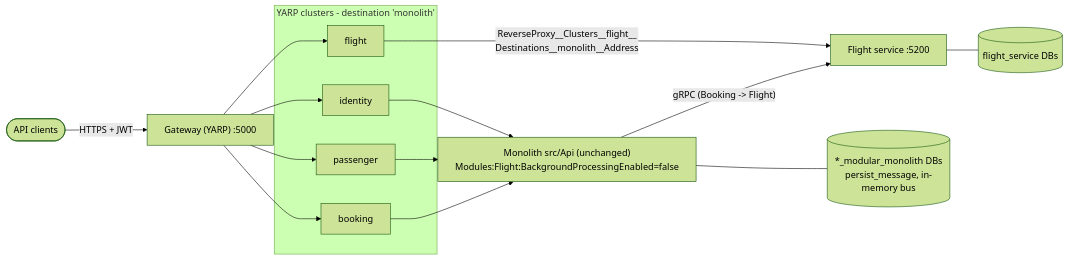
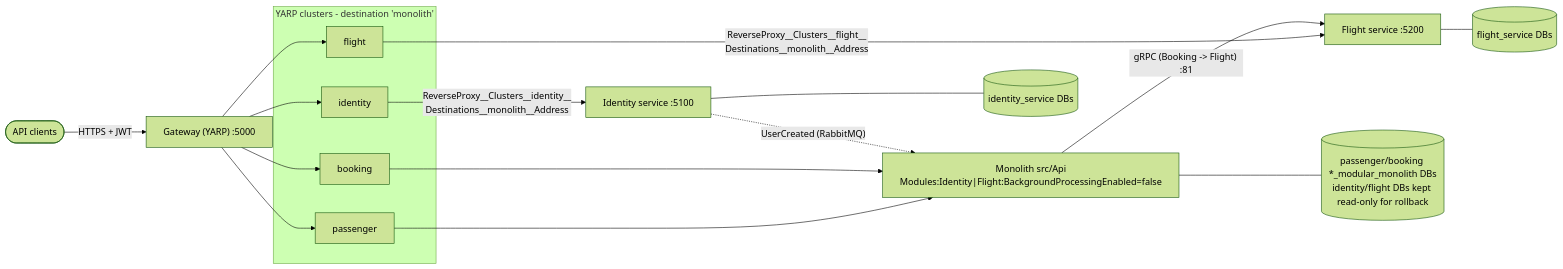
One commit to COG-GTM/booking-modular-monolith changed the diagram in docs/architecture/transition-state.mmd. Above: the diagram before and after it, drawn with Mermaid (forest theme). The commit also changed 15 other files, not shown here.

```diff
--- a/docs/architecture/transition-state.mmd
+++ b/docs/architecture/transition-state.mmd
@@ -1,22 +1,25 @@
 flowchart LR
     client(["API clients"]) -->|HTTPS + JWT| gw["Gateway (YARP) :5000"]
 
     subgraph clusters["YARP clusters - destination 'monolith'"]
         cI["identity"]
         cF["flight"]
         cP["passenger"]
         cB["booking"]
     end
     gw --> cI & cF & cP & cB
 
-    mono["Monolith src/Api (unchanged)<br/>Modules:Flight:BackgroundProcessingEnabled=false"]
+    mono["Monolith src/Api<br/>Modules:Identity|Flight:BackgroundProcessingEnabled=false"]
+    isvc["Identity service :5100"]
     fsvc["Flight service :5200"]
 
-    cI --> mono
+    cI -->|"ReverseProxy__Clusters__identity__<br/>Destinations__monolith__Address"| isvc
+    cF -->|"ReverseProxy__Clusters__flight__<br/>Destinations__monolith__Address"| fsvc
     cP --> mono
     cB --> mono
-    cF -->|"ReverseProxy__Clusters__flight__<br/>Destinations__monolith__Address"| fsvc
 
-    mono --- monoDb[("*_modular_monolith DBs<br/>persist_message, in-memory bus")]
+    mono --- monoDb[("passenger/booking *_modular_monolith DBs<br/>identity/flight DBs kept read-only for rollback")]
+    isvc --- iDb[("identity_service DBs")]
     fsvc --- fDb[("flight_service DBs")]
-    mono -->|"gRPC (Booking -> Flight)"| fsvc
+    mono -->|"gRPC (Booking -> Flight) :81"| fsvc
+    isvc -.->|"UserCreated (RabbitMQ)"| mono
```
